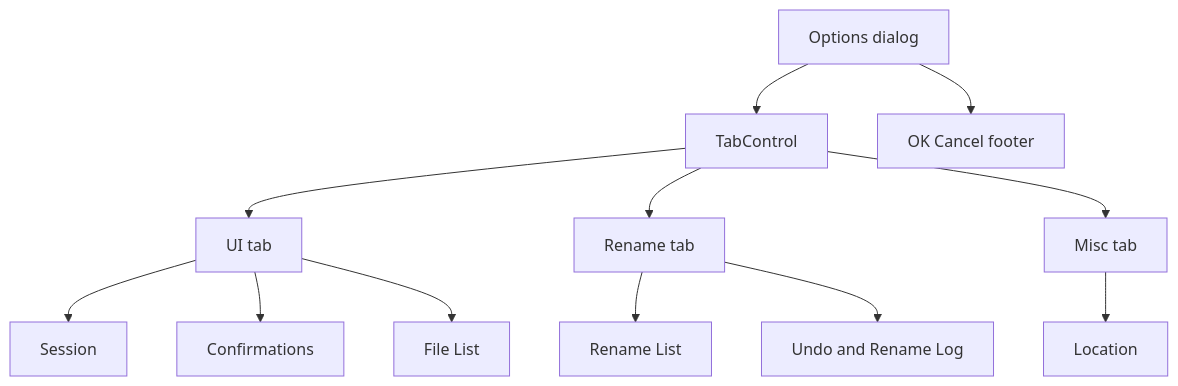
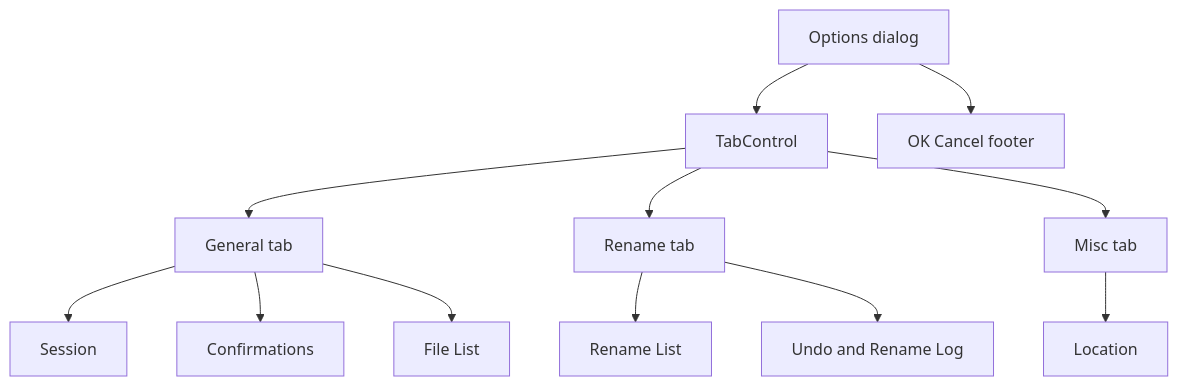
Before and after one commit to davidohana/finebytes: the diagram in docs/plans/options-dialog-tabs.plan.md, drawn with Mermaid. The commit also changed other lines of this file and 4 other files, not shown here.

Commit message:
Update Options dialog tabs to rename "UI" to "General" for improved clarity. Adjust related tests and documentation to reflect this change, ensuring consistency across the application.

````diff
--- a/docs/plans/options-dialog-tabs.plan.md
+++ b/docs/plans/options-dialog-tabs.plan.md
@@ -32,15 +32,15 @@
 ```mermaid
 flowchart TB
   Options[Options dialog]
   Options --> Tabs[TabControl]
-  Tabs --> Ui[UI tab]
+  Tabs --> General[General tab]
   Tabs --> Rename[Rename tab]
   Tabs --> Misc[Misc tab]
-  Ui --> S[Session]
-  Ui --> C[Confirmations]
-  Ui --> F[File List]
+  General --> S[Session]
+  General --> C[Confirmations]
+  General --> F[File List]
   Rename --> R[Rename List]
   Rename --> Log[Undo and Rename Log]
   Misc --> L[Location]
   Options --> Footer[OK Cancel footer]
 ```
````
